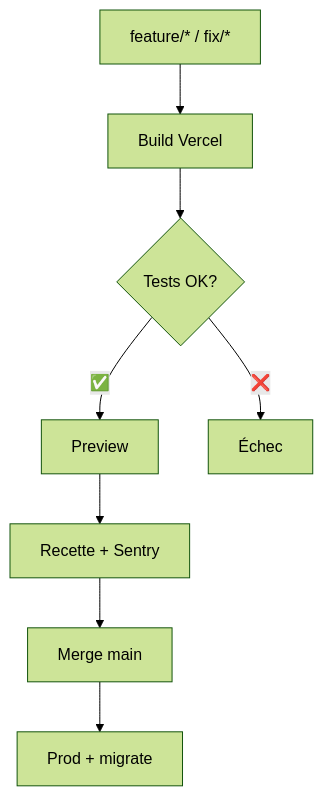
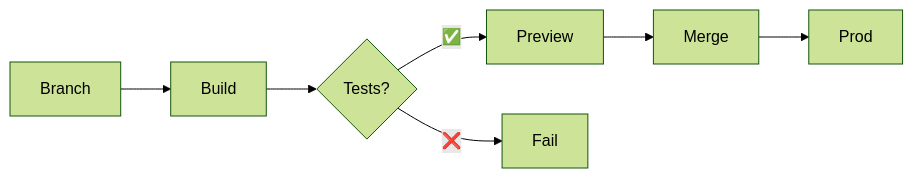
The fourth of 5 diagrams in slides.md (Adrien490/bloc-3), drawn with Mermaid (forest theme) before and after one commit.

Commit message:
Fix: Simplification du schéma Pipeline CI/CD pour éviter débordement
- Changé direction TB → LR (horizontal) pour réduire la hauteur
- Raccourci les libellés (feature/* → Branch, Build Vercel → Build, etc.)
- Flux plus compact tout en gardant l'essentiel du processus
- Le schéma ne devrait plus dépasser du slide 14

````diff
--- a/slides.md
+++ b/slides.md
@@ -437,10 +437,9 @@
 ```mermaid
-graph TB
-    A[feature/* / fix/*] --> B[Build Vercel]
-    B --> C{Tests OK?}
+graph LR
+    A[Branch] --> B[Build]
+    B --> C{Tests?}
     C -->|✅| D[Preview]
-    C -->|❌| E[Échec]
-    D --> F[Recette + Sentry]
-    F --> G[Merge main]
-    G --> H[Prod + migrate]
+    C -->|❌| E[Fail]
+    D --> F[Merge]
+    F --> G[Prod]
 ```
````
